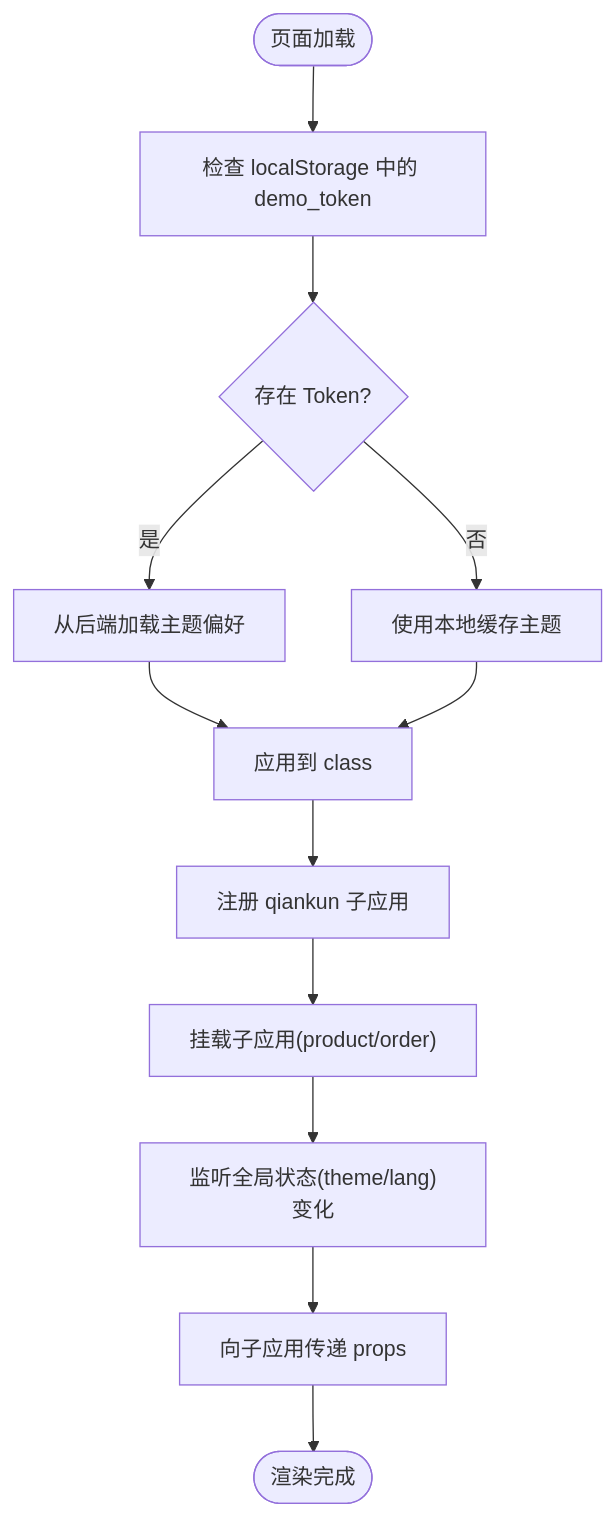
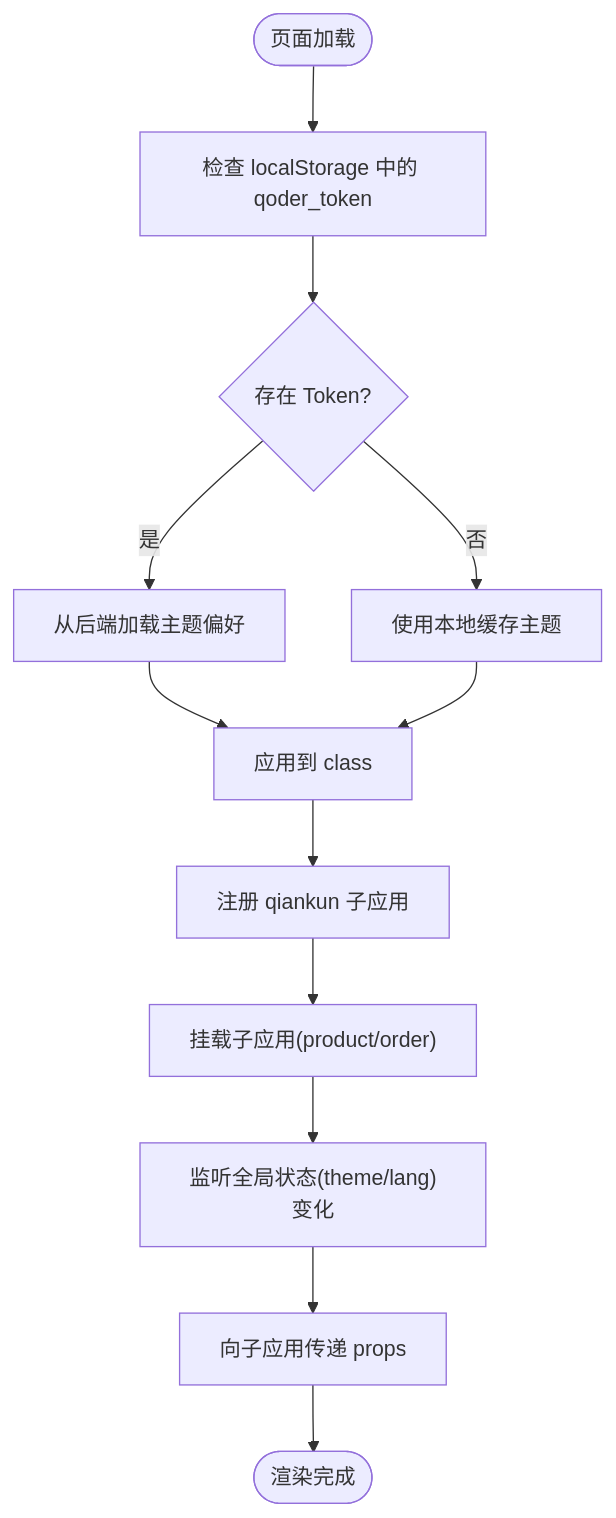
One commit to haohailiang/qoder-fullstack changed the third of 5 diagrams in .qoder/repowiki/zh/content/开发指南/调试与故障排除.md. Above: the diagram before and after it, drawn with Mermaid. The commit also changed 45 other files, not shown here.

````diff
--- a/.qoder/repowiki/zh/content/开发指南/调试与故障排除.md
+++ b/.qoder/repowiki/zh/content/开发指南/调试与故障排除.md
@@ -164,14 +164,14 @@
 ```mermaid
 flowchart TD
-Start(["页面加载"]) --> CheckToken["检查 localStorage 中的 demo_token"]
+Start(["页面加载"]) --> CheckToken["检查 localStorage 中的 qoder_token"]
 CheckToken --> HasToken{"存在 Token?"}
 HasToken --> |是| LoadTheme["从后端加载主题偏好"]
 HasToken --> |否| UseLocal["使用本地缓存主题"]
 LoadTheme --> ApplyTheme["应用到 <html> class"]
 UseLocal --> ApplyTheme
 ApplyTheme --> RegisterApps["注册 qiankun 子应用"]
 RegisterApps --> MountSub["挂载子应用(product/order)"]
 MountSub --> ObserveState["监听全局状态(theme/lang)变化"]
 ObserveState --> SyncProps["向子应用传递 props"]
 SyncProps --> End(["渲染完成"])
 ```
````
